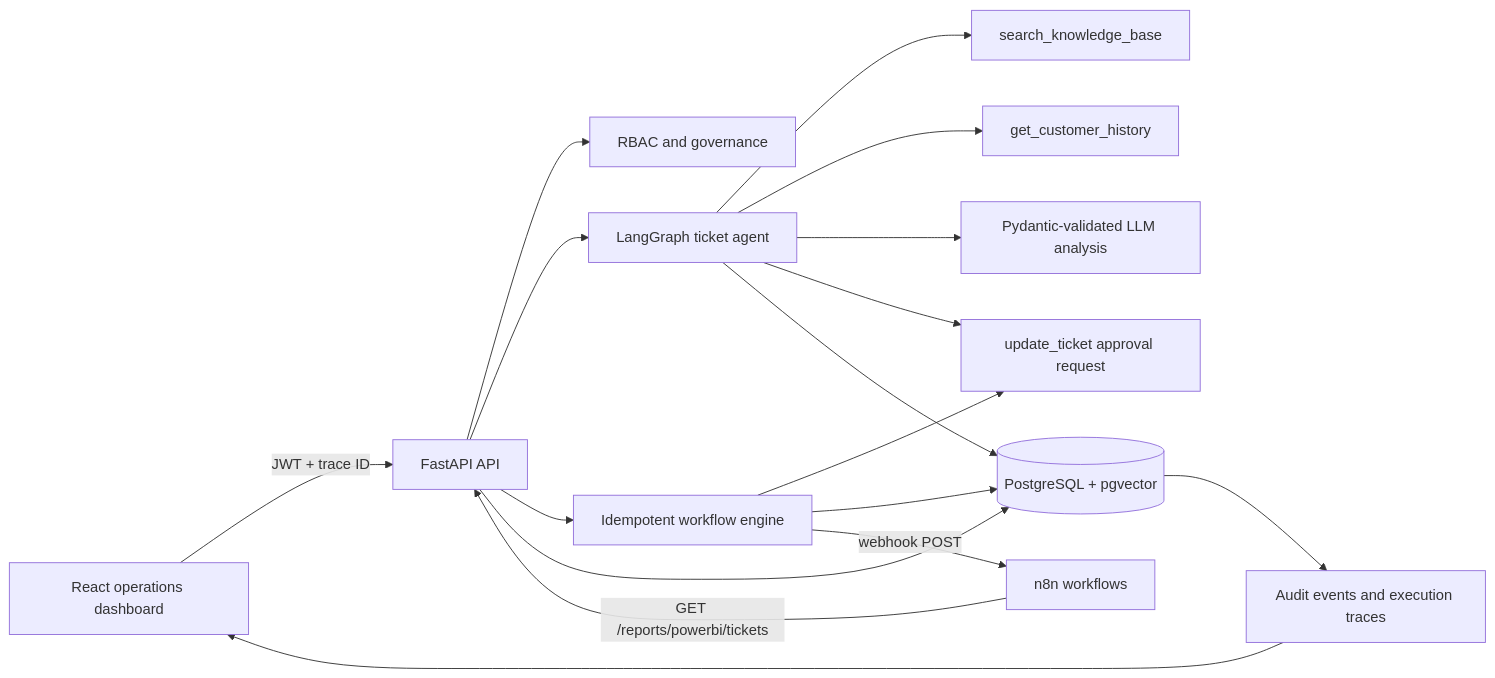
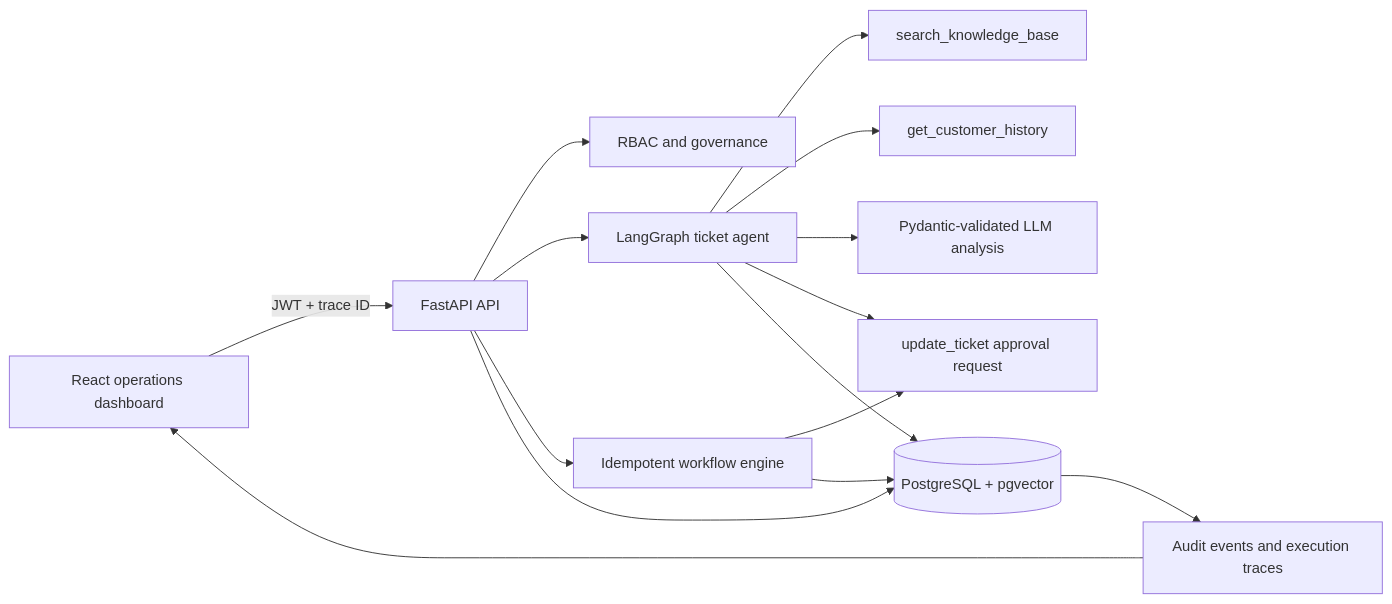
Before and after one commit to RidhanPar/ai-ops-workflow-automation-platform: the diagram in README.md, drawn with Mermaid. The commit also changed other lines of this file and 1 other file, not shown here.

````diff
--- a/README.md
+++ b/README.md
@@ -60,19 +47,17 @@
 ```mermaid
 flowchart LR
     UI[React operations dashboard] -->|JWT + trace ID| API[FastAPI API]
     API --> AUTH[RBAC and governance]
     API --> AGENT[LangGraph ticket agent]
     AGENT --> KB[search_knowledge_base]
     AGENT --> HISTORY[get_customer_history]
     AGENT --> LLM[Pydantic-validated LLM analysis]
     AGENT --> APPROVAL[update_ticket approval request]
     API --> ENGINE[Idempotent workflow engine]
     ENGINE --> APPROVAL
     API --> DB[(PostgreSQL + pgvector)]
     AGENT --> DB
     ENGINE --> DB
     DB --> TRACE[Audit events and execution traces]
     TRACE --> UI
-    ENGINE -->|webhook POST| N8N[n8n workflows]
-    N8N -->|GET /reports/powerbi/tickets| API
 ```
````
